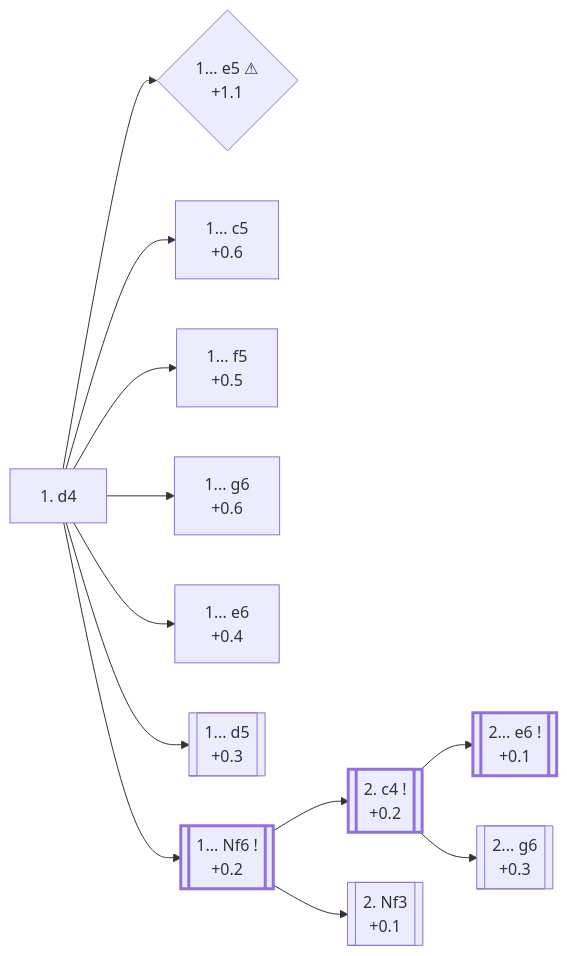
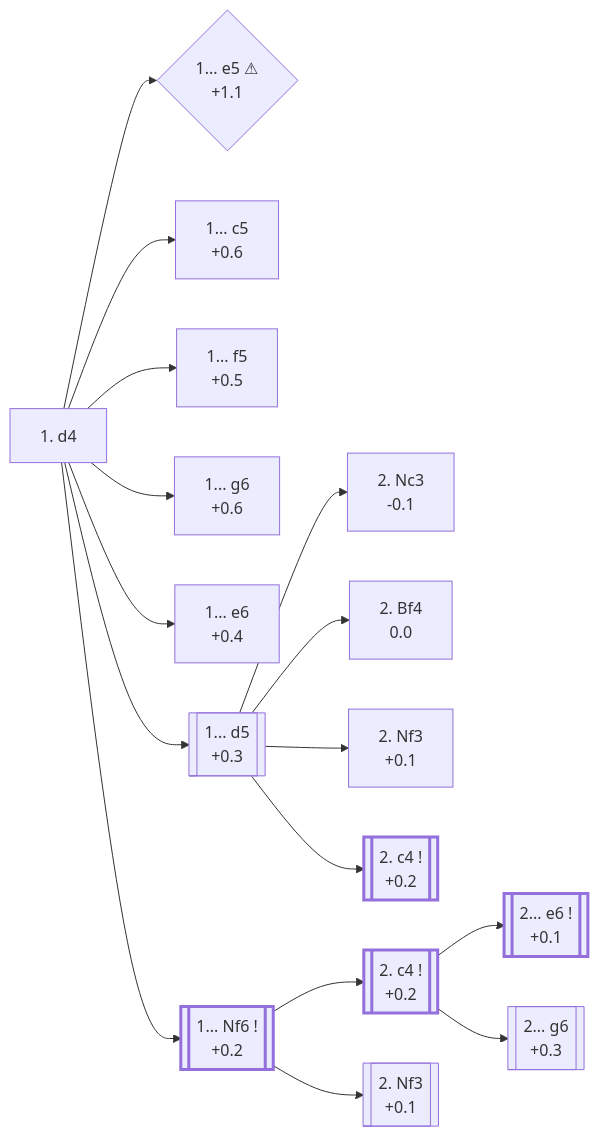
The diagram in d4_openings/A40_d4_QPG.md (onclemarcel/chess_flashcards), drawn with Mermaid before and after one commit. The commit also changed other lines of this file and 12 other files, not shown here.

````diff
--- a/d4_openings/A40_d4_QPG.md
+++ b/d4_openings/A40_d4_QPG.md
@@ -12,32 +12,41 @@
 ```mermaid
 flowchart LR
     classDef main stroke-width:3px;
 
     d4["1. d4"]
     click d4 "#_d4_" "A40 · Queen's Pawn Game"
 
     d4 --> e5a{"1... e5 ⚠<br/>+1.1"}
     click e5a "#_e5_" "A40 · Englund Gambit"
     d4 --> c5a["1... c5<br/>+0.6"]
     click c5a "#_c5_" "A43 · Benoni Defense: Old Benoni"
     d4 --> f5a["1... f5<br/>+0.5"]
-    click f5a "#_f5_" "A80 · Dutch Defense"
+    click f5a "https://github.com/onclemarcel/chess_flashcards/blob/main/d4_openings/A81_Dutch.md" "A81 · Dutch Defense: Semi-Leningrad Variation"
     d4 --> g6a["1... g6<br/>+0.6"]
     click g6a "#_g6_" "A40 · Queen's Pawn Game: Modern Defense"
     d4 --> e6a["1... e6<br/>+0.4"]
     click e6a "#_e6_" "A40 · Queen's Pawn Game"
     d4 --> d5a[["1... d5<br/>+0.3"]]
     click d5a "#_d5_" "D00 · Queen's Pawn Game"
+
+    d5a --> Nc3d["2. Nc3<br/>-0.1"]
+    click Nc3d "#_d5_" "D01 · Veresov Attack"
+    d5a --> Bf4d["2. Bf4<br/>0.0"]
+    click Bf4d "#_d5_" "D00 · Queen's Pawn Game: Accelerated London System"
+    d5a --> Nf3d["2. Nf3<br/>+0.1"]
+    click Nf3d "#_d5_" "D02 · Queen's Pawn Game: Zukertort Variation"
+    d5a --> c4d[["2. c4 !<br/>+0.2"]]:::main
+    click c4d "https://github.com/onclemarcel/chess_flashcards/blob/main/d4_openings/D06_Queens_Gambit.md" "D06 · Queen's Gambit"
     d4 --> Nf6[["1... Nf6 !<br/>+0.2"]]:::main
     click Nf6 "#_Nf6_" "A45 · Indian Defense"
 
     Nf6 --> c4b[["2. c4 !<br/>+0.2"]]:::main
     click c4b "#_Nf6_c4_" "A50 · Indian Defense: Normal Variation"
     Nf6 --> Nf3b[["2. Nf3<br/>+0.1"]]
     click Nf3b "#_Nf6_Nf3_" "A46 · Indian Defense: Knights Variation"
 
     c4b --> e6c[["2... e6 !<br/>+0.1"]]:::main
-    click e6c "#_Nf6_c4_e6_" "A40 · Queen's Pawn Game"
+    click e6c "https://github.com/onclemarcel/chess_flashcards/blob/main/d4_openings/E20_Nimzo_QI_Fork.md" "E20 · Nimzo-Indian Defense"
     c4b --> g6c[["2... g6<br/>+0.3"]]
-    click g6c "#_Nf6_c4_g6_" "E60 · Indian Defense: West Indian Defense"
+    click g6c "https://github.com/onclemarcel/chess_flashcards/blob/main/d4_openings/E61_KID_Grunfeld_Fork.md" "E61 · King's Indian Defense"
 ```
````
